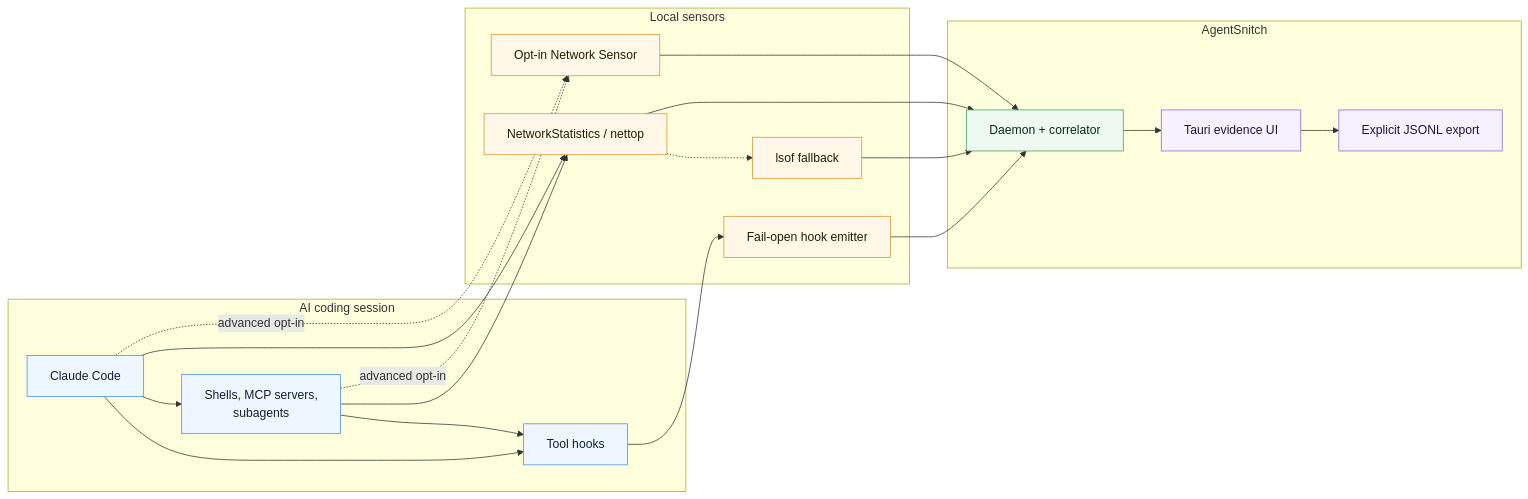
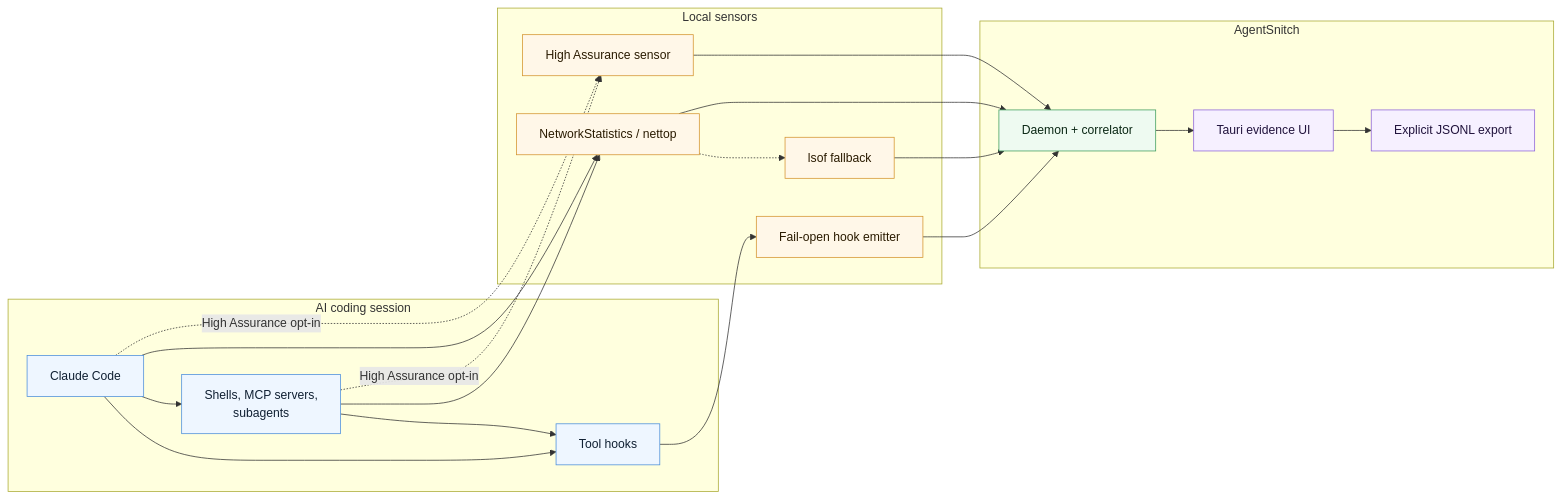
The diagram in readme.md (somoore/agentsnitch), drawn with Mermaid before and after one commit. The commit also changed other lines of this file and 18 other files, not shown here.

Commit message:
Improve UI flow views and high assurance DNS

````diff
--- a/readme.md
+++ b/readme.md
@@ -57,47 +57,47 @@
 ```mermaid
 flowchart LR
     classDef agent fill:#eef6ff,stroke:#4c8eda,color:#102033
     classDef sensor fill:#fff7e8,stroke:#d4942f,color:#2a1b00
     classDef core fill:#eefaf1,stroke:#3f9d5c,color:#0b2815
     classDef ui fill:#f6f0ff,stroke:#8c63d8,color:#21133d
 
     subgraph A["AI coding session"]
         Claude["Claude Code"]
         Hooks["Tool hooks"]
         Children["Shells, MCP servers,<br/>subagents"]
     end
 
     subgraph S["Local sensors"]
         Emitter["Fail-open hook emitter"]
         NetStats["NetworkStatistics / nettop"]
         Lsof["lsof fallback"]
-        Sensor["Opt-in Network Sensor"]
+        Sensor["High Assurance sensor"]
     end
 
     subgraph C["AgentSnitch"]
         Daemon["Daemon + correlator"]
         UI["Tauri evidence UI"]
         Export["Explicit JSONL export"]
     end
 
     Claude --> Hooks
     Hooks --> Emitter
     Claude --> Children
     Children --> Hooks
     Claude --> NetStats
     Children --> NetStats
     NetStats -.-> Lsof
-    Claude -.->|"advanced opt-in"| Sensor
-    Children -.->|"advanced opt-in"| Sensor
+    Claude -.->|"High Assurance opt-in"| Sensor
+    Children -.->|"High Assurance opt-in"| Sensor
     Emitter --> Daemon
     NetStats --> Daemon
     Lsof --> Daemon
     Sensor --> Daemon
     Daemon --> UI
     UI --> Export
 
     class Claude,Hooks,Children agent
     class Emitter,NetStats,Lsof,Sensor sensor
     class Daemon core
     class UI,Export ui
 ```
````
